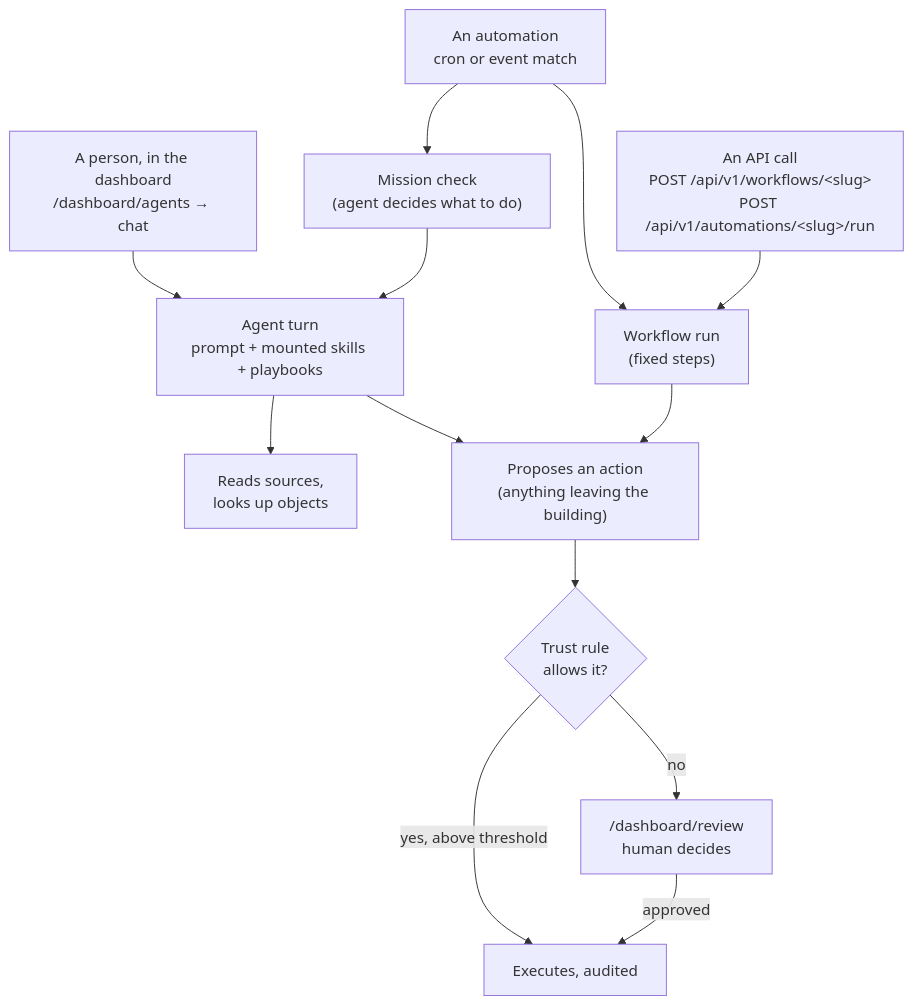
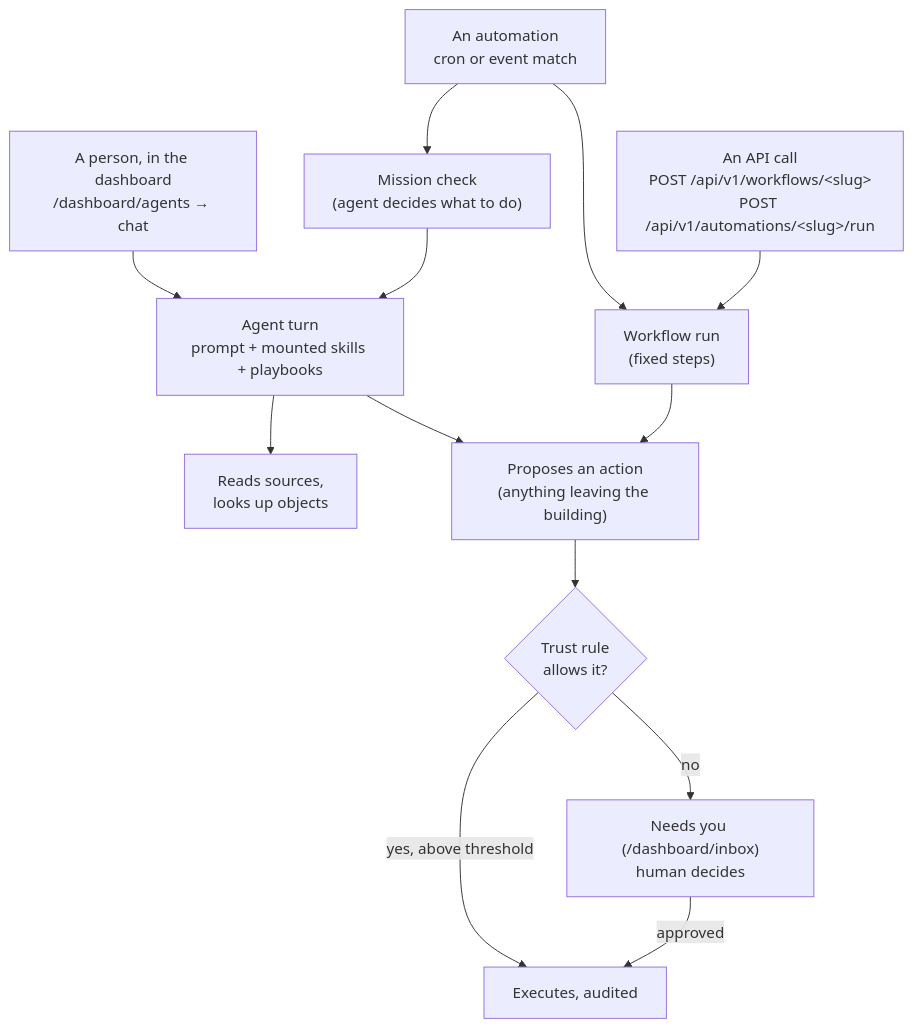
The diagram in docs/getting-started.md (vocion/vocion-core), drawn with Mermaid before and after one commit. The commit also changed other lines of this file and 51 other files, not shown here.

````diff
--- a/docs/getting-started.md
+++ b/docs/getting-started.md
@@ -129,15 +129,15 @@
 ```mermaid
 flowchart TD
     H["A person, in the dashboard<br/>/dashboard/agents → chat"] --> A
     S["An automation<br/>cron or event match"] --> M["Mission check<br/>(agent decides what to do)"]
     S --> W["Workflow run<br/>(fixed steps)"]
     C["An API call<br/>POST /api/v1/workflows/&lt;slug&gt;<br/>POST /api/v1/automations/&lt;slug&gt;/run"] --> W
     M --> A
     A["Agent turn<br/>prompt + mounted skills + playbooks"] --> R["Reads sources,<br/>looks up objects"]
     A --> P["Proposes an action<br/>(anything leaving the building)"]
     W --> P
     P --> Q{"Trust rule<br/>allows it?"}
-    Q -- "no" --> V["/dashboard/review<br/>human decides"]
+    Q -- "no" --> V["Needs you (/dashboard/inbox)<br/>human decides"]
     Q -- "yes, above threshold" --> X["Executes, audited"]
     V -- "approved" --> X
 ```
````
